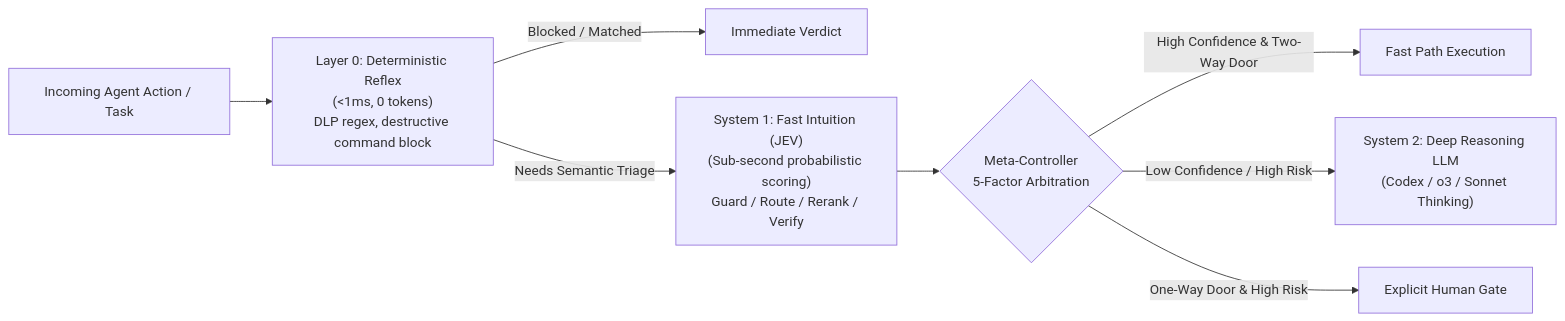
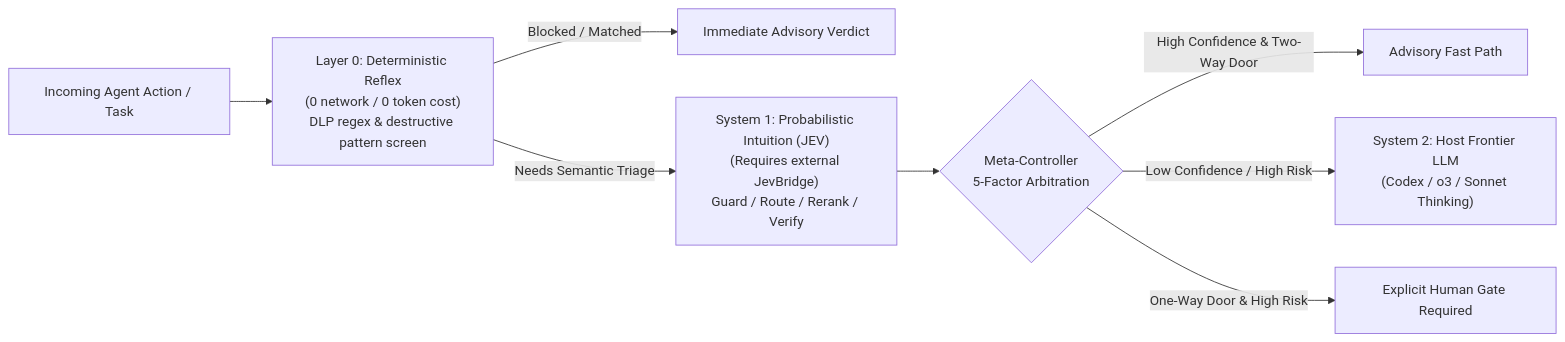
One commit to 17671454333/jev-cognitive-mcp changed the diagram in README.md. Above: the diagram before and after it, drawn with Mermaid. The commit also changed other lines of this file and 10 other files, not shown here.

Commit message:
feat(security,cli): add pre-egress DLP chokepoint, init-codex TOML generator, and release v0.3.1 (Closes #2)

````diff
--- a/README.md
+++ b/README.md
@@ -18,10 +18,10 @@
 ```mermaid
 flowchart LR
-    A[Incoming Agent Action / Task] --> L0["Layer 0: Deterministic Reflex<br/>(<1ms, 0 tokens)<br/>DLP regex, destructive command block"]
-    L0 -->|Blocked / Matched| OUT0[Immediate Verdict]
-    L0 -->|Needs Semantic Triage| S1["System 1: Fast Intuition (JEV)<br/>(Sub-second probabilistic scoring)<br/>Guard / Route / Rerank / Verify"]
+    A["Incoming Agent Action / Task"] --> L0["Layer 0: Deterministic Reflex<br/>(0 network / 0 token cost)<br/>DLP regex & destructive pattern screen"]
+    L0 -->|Blocked / Matched| OUT0["Immediate Advisory Verdict"]
+    L0 -->|Needs Semantic Triage| S1["System 1: Probabilistic Intuition (JEV)<br/>(Requires external JevBridge)<br/>Guard / Route / Rerank / Verify"]
     S1 --> MC{"Meta-Controller<br/>5-Factor Arbitration"}
-    MC -->|High Confidence & Two-Way Door| OUT1[Fast Path Execution]
-    MC -->|Low Confidence / High Risk| S2["System 2: Deep Reasoning LLM<br/>(Codex / o3 / Sonnet Thinking)"]
-    MC -->|One-Way Door & High Risk| HG[Explicit Human Gate]
+    MC -->|High Confidence & Two-Way Door| OUT1["Advisory Fast Path"]
+    MC -->|Low Confidence / High Risk| S2["System 2: Host Frontier LLM<br/>(Codex / o3 / Sonnet Thinking)"]
+    MC -->|One-Way Door & High Risk| HG["Explicit Human Gate Required"]
 ```
````
